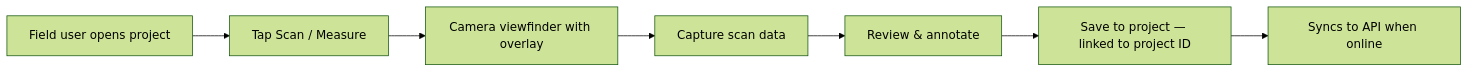
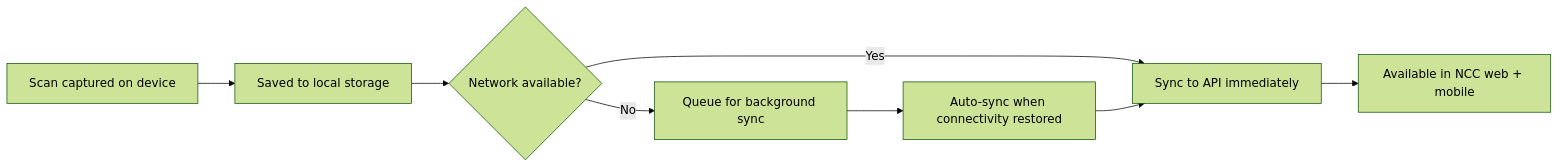
The fourth of 4 diagrams in docs/sops-staging/mobile-scanning-architecture-decision.md (paulgagnon1969/nexus-enterprise), drawn with Mermaid (forest theme) before and after one commit. The commit also changed other lines of this file and 7 other files, not shown here.

First line of the commit message:
feat(mobile): ScanNEX Phase 1 — AR measurement module, API endpoints, SOP

````diff
--- a/docs/sops-staging/mobile-scanning-architecture-decision.md
+++ b/docs/sops-staging/mobile-scanning-architecture-decision.md
@@ -108,9 +586,10 @@
 ```mermaid
 flowchart LR
-    A[Field user opens project] --> B[Tap Scan / Measure]
-    B --> C[Camera viewfinder with overlay]
-    C --> D[Capture scan data]
-    D --> E[Review & annotate]
-    E --> F[Save to project — linked to project ID]
-    F --> G[Syncs to API when online]
+    A[Scan captured on device] --> B[Saved to local storage]
+    B --> C{Network available?}
+    C -->|Yes| D[Sync to API immediately]
+    C -->|No| E[Queue for background sync]
+    E --> F[Auto-sync when connectivity restored]
+    F --> D
+    D --> G[Available in NCC web + mobile]
 ```
````
